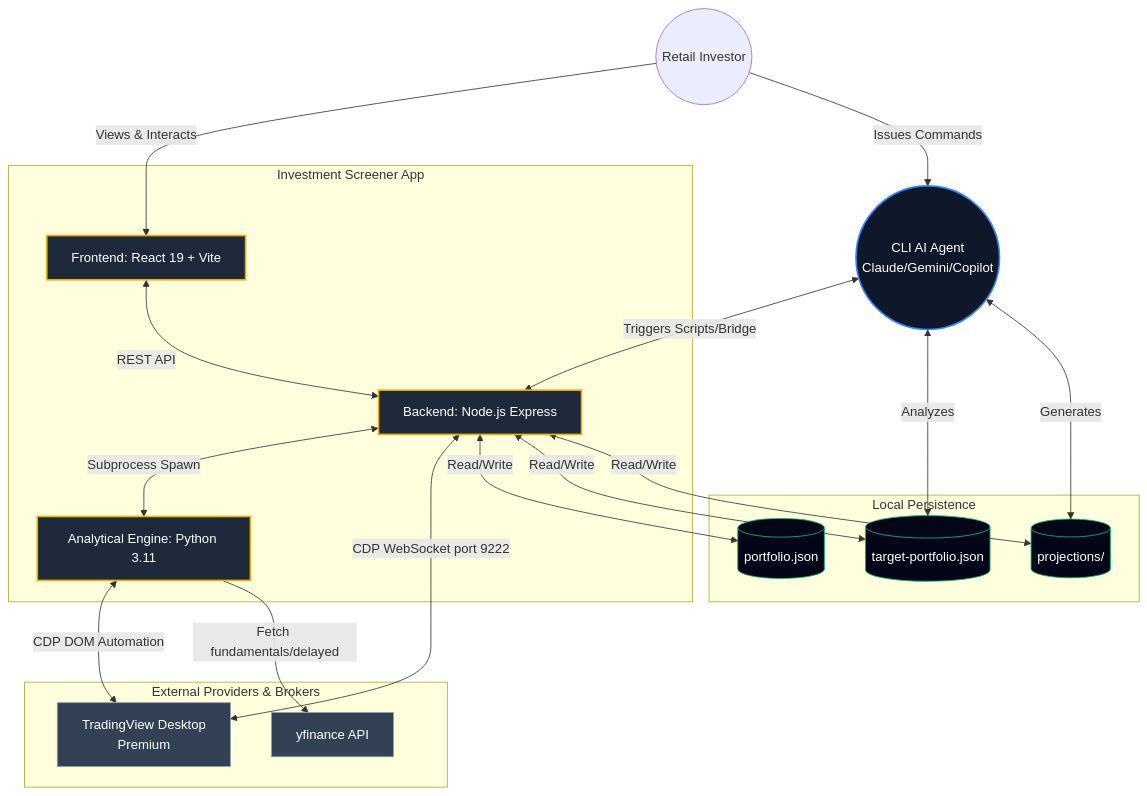
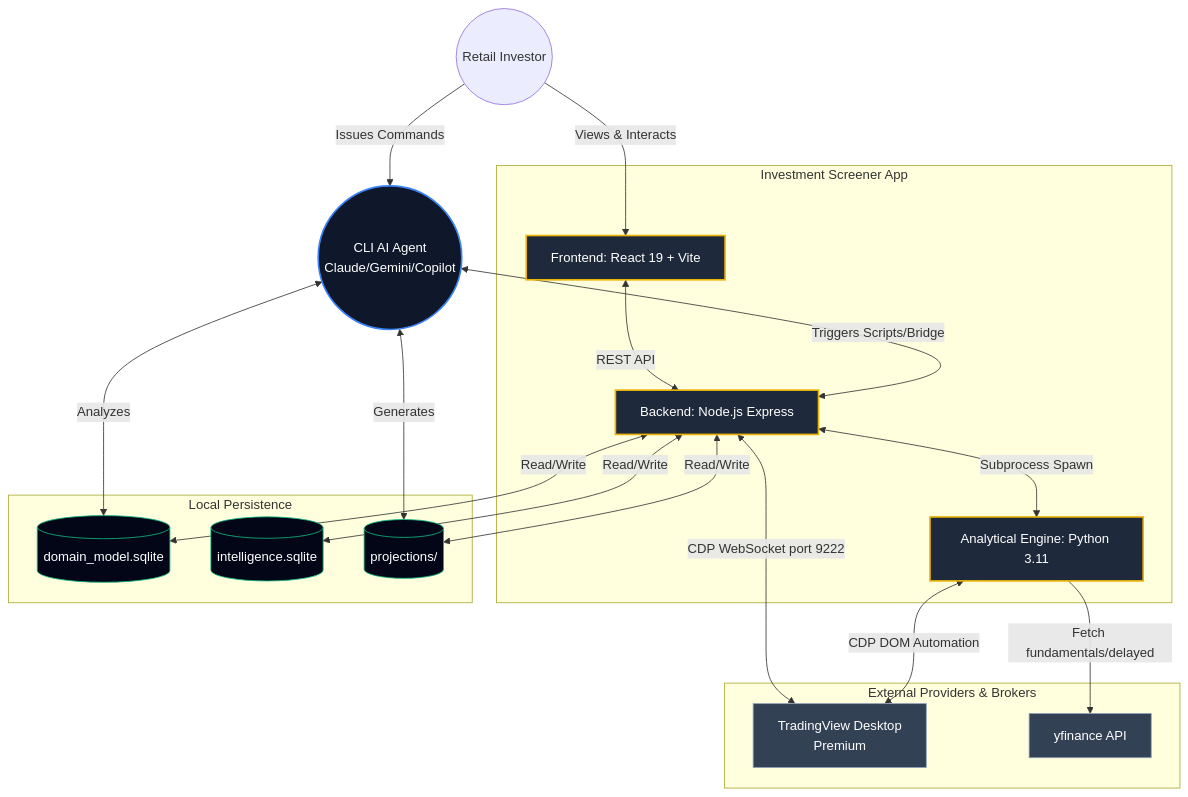
Before and after one commit to richfrem/InvestmentToolkit: the first of 2 diagrams in docs/architecture/README.md, drawn with Mermaid. The commit also changed other lines of this file and 19 other files, not shown here.

````diff
--- a/docs/architecture/README.md
+++ b/docs/architecture/README.md
@@ -27,60 +27,61 @@
 ```mermaid
 graph TD
     %% Core Users
     User((Retail Investor))
     AIAgent((CLI AI Agent\nClaude/Gemini/Copilot))
 
     %% Frontend & Backend
     subgraph "Investment Screener App"
         UI[Frontend: React 19 + Vite]
         Backend[Backend: Node.js Express]
         PyLayer[Analytical Engine: Python 3.11]
         
         UI <-->|REST API| Backend
         Backend <-->|Subprocess Spawn| PyLayer
     end
 
     %% Data & Execution Sources
     subgraph "External Providers & Brokers"
         TV[TradingView Desktop\nPremium]
         YF[yfinance API]
     end
 
     %% State & Data
     subgraph "Local Persistence"
-        PortfolioDB[(portfolio.json)]
-        TargetDB[(target-portfolio.json)]
+        DomainDB[(domain_model.sqlite)]
+        IntelligenceDB[(intelligence.sqlite)]
         ProjectionsDB[(projections/)]
     end
 
     %% Interactions
     User -->|Views & Interacts| UI
     User -->|Issues Commands| AIAgent
 
     %% TV Integration
     Backend <-->|CDP WebSocket port 9222| TV
     PyLayer <-->|CDP DOM Automation| TV
 
     %% External Data
     PyLayer -->|Fetch fundamentals/delayed| YF
 
     %% Local DB access
-    Backend <-->|Read/Write| PortfolioDB
-    Backend <-->|Read/Write| TargetDB
+    Backend <-->|Read/Write| DomainDB
+    Backend <-->|Read/Write| IntelligenceDB
     Backend <-->|Read/Write| ProjectionsDB
 
     %% Agent Interactions
     AIAgent <-->|Triggers Scripts/Bridge| Backend
-    AIAgent <-->|Analyzes| TargetDB
+    AIAgent <-->|Analyzes| DomainDB
     AIAgent <-->|Generates| ProjectionsDB
 
     classDef core fill:#1e293b,stroke:#eab308,stroke-width:2px,color:#fff;
     classDef agent fill:#0f172a,stroke:#3b82f6,stroke-width:2px,color:#fff;
     classDef external fill:#334155,stroke:#94a3b8,stroke-width:1px,color:#fff;
     classDef db fill:#020617,stroke:#10b981,stroke-width:1px,color:#fff;
 
     class UI,Backend,PyLayer core;
     class AIAgent agent;
     class TV,YF external;
-    class PortfolioDB,TargetDB,ProjectionsDB db;
+    class DomainDB,IntelligenceDB,ProjectionsDB db;
+
 ```
````
